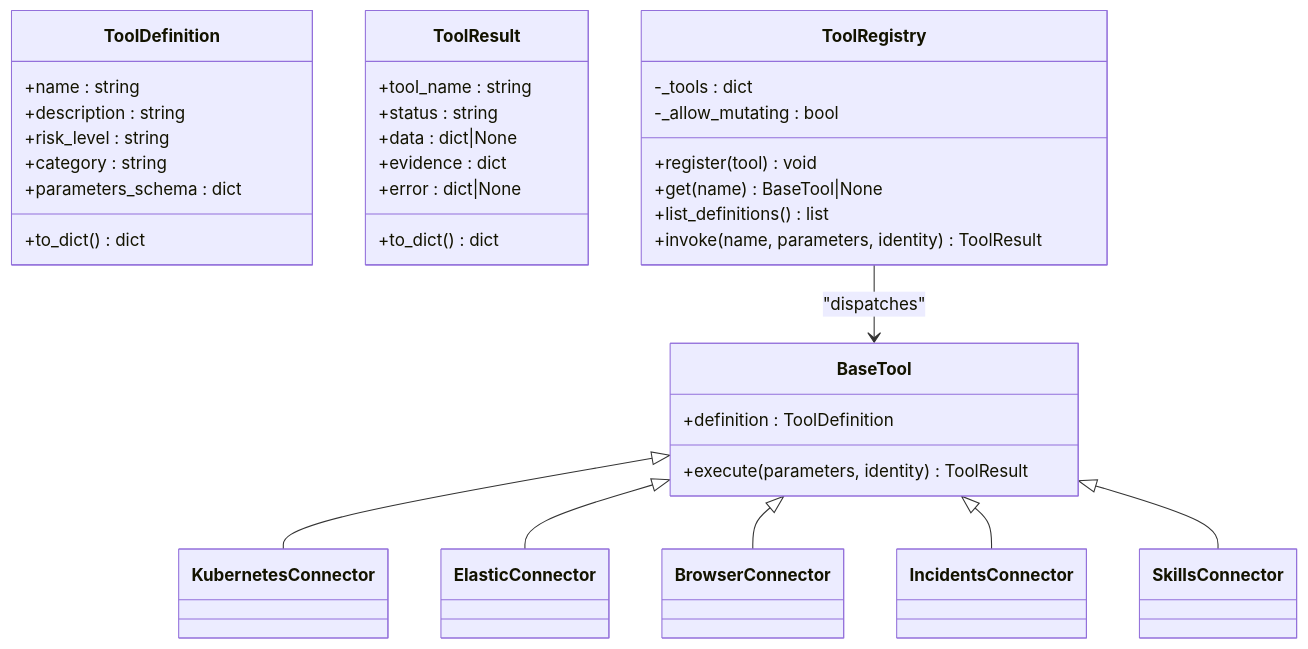
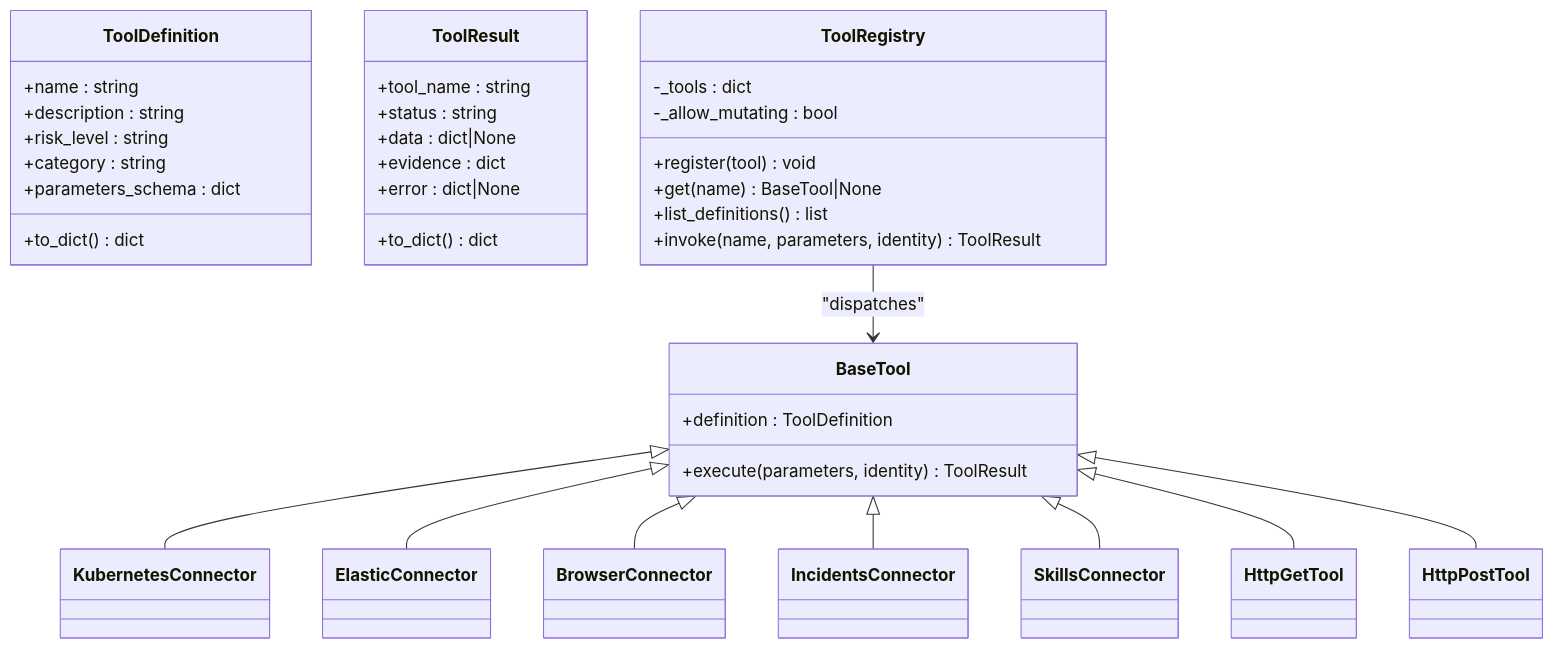
The third of 10 diagrams in .qoder/repowiki/en/content/Core Services/Tool Gateway/Tool Gateway.md (metasync/luban-aiops), drawn with Mermaid before and after one commit. The commit also changed other lines of this file and 102 other files, not shown here.

````diff
--- a/.qoder/repowiki/en/content/Core Services/Tool Gateway/Tool Gateway.md
+++ b/.qoder/repowiki/en/content/Core Services/Tool Gateway/Tool Gateway.md
@@ -141,37 +173,39 @@
 ```mermaid
 classDiagram
 class BaseTool {
 +definition : ToolDefinition
 +execute(parameters, identity) ToolResult
 }
 class ToolDefinition {
 +name : string
 +description : string
 +risk_level : string
 +category : string
 +parameters_schema : dict
 +to_dict() dict
 }
 class ToolResult {
 +tool_name : string
 +status : string
 +data : dict|None
 +evidence : dict
 +error : dict|None
 +to_dict() dict
 }
 class ToolRegistry {
 -_tools : dict
 -_allow_mutating : bool
 +register(tool) void
 +get(name) BaseTool|None
 +list_definitions() list
 +invoke(name, parameters, identity) ToolResult
 }
 BaseTool <|-- KubernetesConnector
 BaseTool <|-- ElasticConnector
 BaseTool <|-- BrowserConnector
 BaseTool <|-- IncidentsConnector
 BaseTool <|-- SkillsConnector
+BaseTool <|-- HttpGetTool
+BaseTool <|-- HttpPostTool
 ToolRegistry --> BaseTool : "dispatches"
 ```
````
